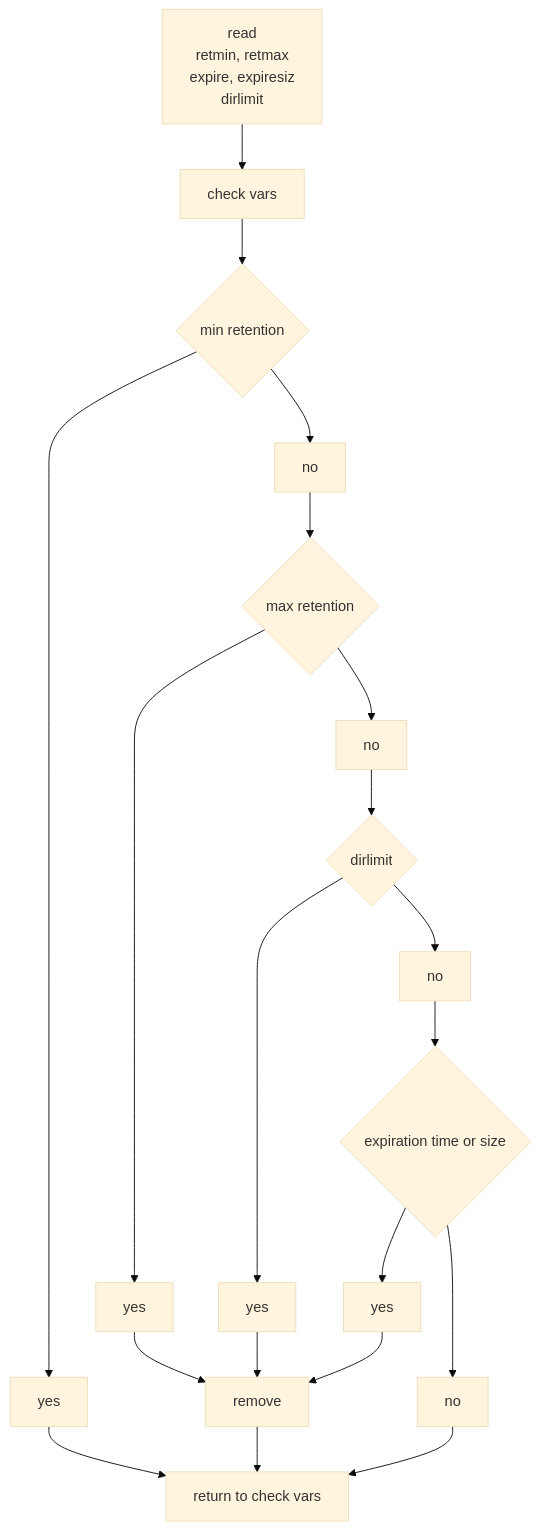
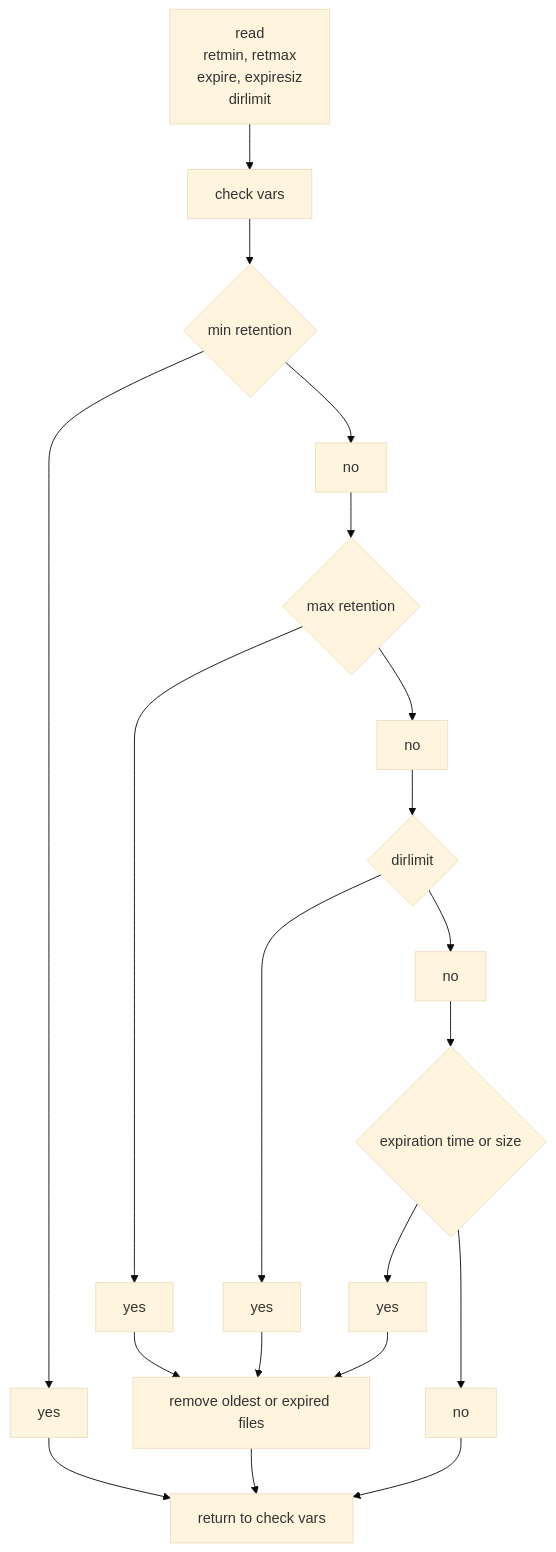
One commit to jjbailey/sentinal changed the second of 4 diagrams in README.md. Above: the diagram before and after it, drawn with Mermaid (base theme). The commit also changed other lines of this file, not shown here.

````diff
--- a/README.md
+++ b/README.md
@@ -151,25 +151,25 @@
 ```mermaid
 flowchart TB
     s1[ read<br>retmin, retmax<br>expire, expiresiz<br>dirlimit ]
     s2[ check vars ]
     d1{ min retention }
     d2{ max retention }
     d3{ dirlimit }
     d4{ expiration time or size }
     a1[ yes ]
     a2[ no ]
     a3[ yes ]
     a4[ no ]
     a5[ yes ]
     a6[ no ]
     a7[ yes ]
     a8[ no ]
-    s3[ remove ]
+    s3[ remove oldest or expired files ]
     s9[ return to check vars ]
     s1 --> s2
     s2 --> d1 --> a1 --> s9
     d1 --> a2 --> d2 --> a3 --> s3 --> s9
     d2 --> a4 --> d3 --> a5 --> s3
     d3 --> a6 --> d4 --> a7 --> s3
     d4 --> a8 --> s9
 ```
````
